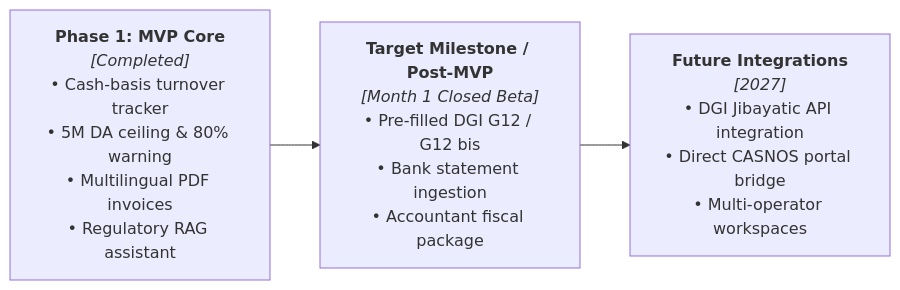
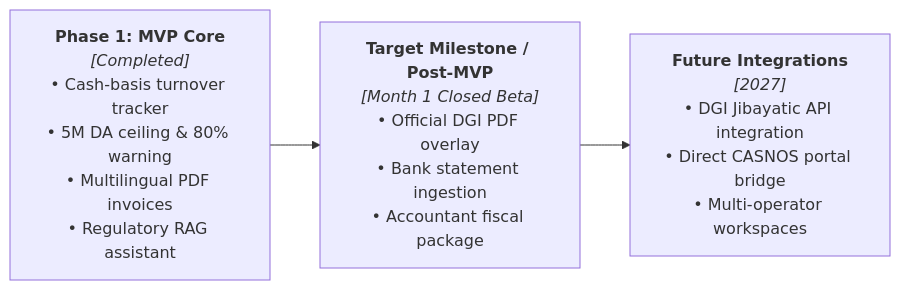
The seventh of 7 diagrams in README.md (AYA-BACHA/MoukawilOS), drawn with Mermaid before and after one commit. The commit also changed other lines of this file, not shown here.

Commit message:
update G12 bis and RAG architecture descriptions in README

````diff
--- a/README.md
+++ b/README.md
@@ -686,10 +686,10 @@
 ```mermaid
 flowchart LR
     P1["<strong>Phase 1: MVP Core</strong><br/><em>[Completed]</em><br/>• Cash-basis turnover tracker<br/>• 5M DA ceiling & 80% warning<br/>• Multilingual PDF invoices<br/>• Regulatory RAG assistant"]
     
-    P2["<strong>Target Milestone / Post-MVP</strong><br/><em>[Month 1 Closed Beta]</em><br/>• Pre-filled DGI G12 / G12 bis<br/>• Bank statement ingestion<br/>• Accountant fiscal package"]
+    P2["<strong>Target Milestone / Post-MVP</strong><br/><em>[Month 1 Closed Beta]</em><br/>• Official DGI PDF overlay<br/>• Bank statement ingestion<br/>• Accountant fiscal package"]
     
     P3["<strong>Future Integrations</strong><br/><em>[2027]</em><br/>• DGI Jibayatic API integration<br/>• Direct CASNOS portal bridge<br/>• Multi-operator workspaces"]
 
     P1 --> P2 --> P3
 ```
````
